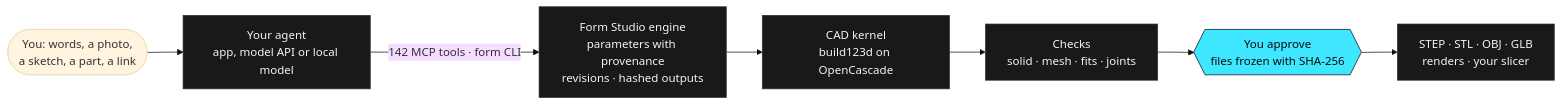
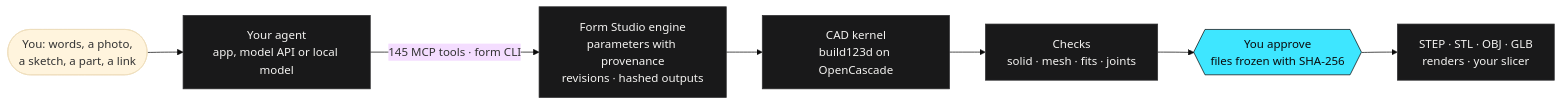
Before and after one commit to kaizensx/form-studio: the diagram in README.md, drawn with Mermaid (base theme). The commit also changed other lines of this file and 32 other files, not shown here.

First line of the commit message:
Wave K2: schematic, placement and routing on KiCad's files

````diff
--- a/README.md
+++ b/README.md
@@ -86,13 +86,13 @@
 ```mermaid
 flowchart LR
   you(["You: words, a photo,<br/>a sketch, a part, a link"]) --> agent["Your agent<br/>app, model API or local model"]
-  agent -- "142 MCP tools · form CLI" --> engine["Form Studio engine<br/>parameters with provenance<br/>revisions · hashed outputs"]
+  agent -- "145 MCP tools · form CLI" --> engine["Form Studio engine<br/>parameters with provenance<br/>revisions · hashed outputs"]
   engine --> kernel["CAD kernel<br/>build123d on OpenCascade"]
   kernel --> checks["Checks<br/>solid · mesh · fits · joints"]
   checks --> release{{"You approve<br/>files frozen with SHA-256"}}
   release --> out["STEP · STL · OBJ · GLB<br/>renders · your slicer"]
   classDef datum fill:#3ee6ff,stroke:#0b0b0c,color:#0b0b0c
   classDef plate fill:#19191a,stroke:#2f2f31,color:#f4f3f1
   class release datum
   class agent,engine,kernel,checks,out plate
 ```
````
